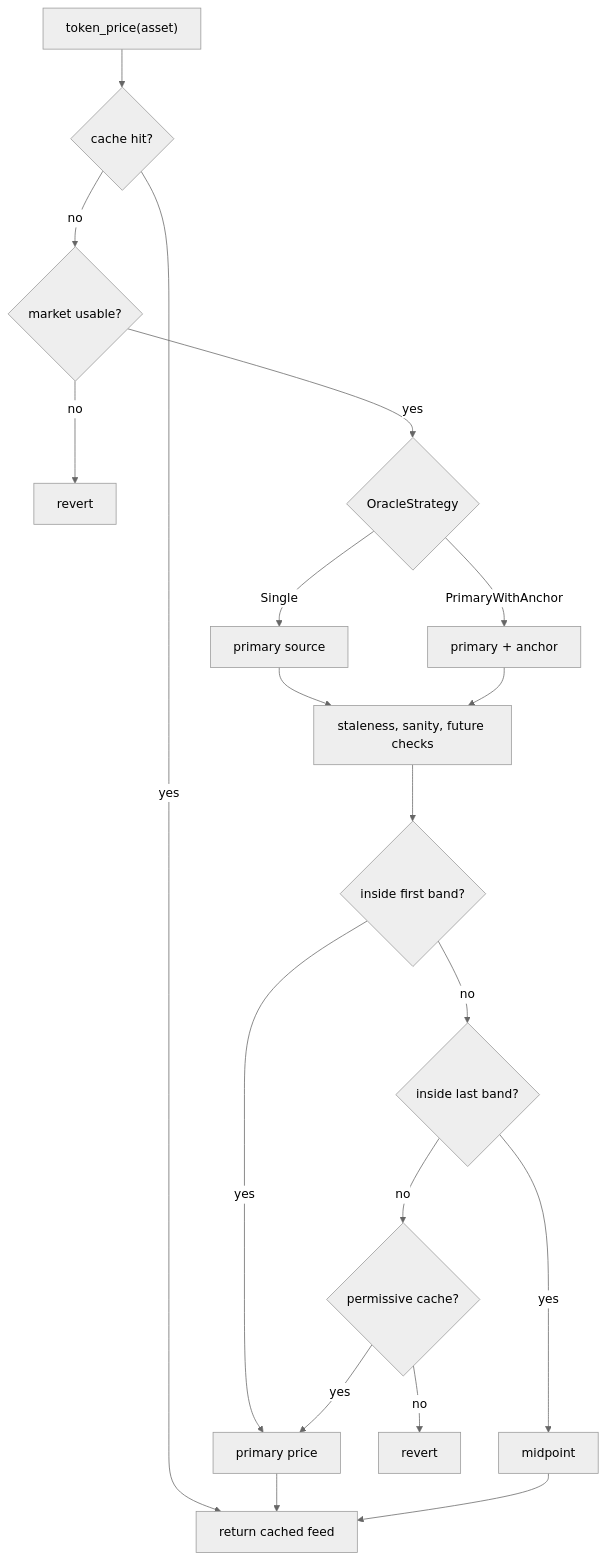
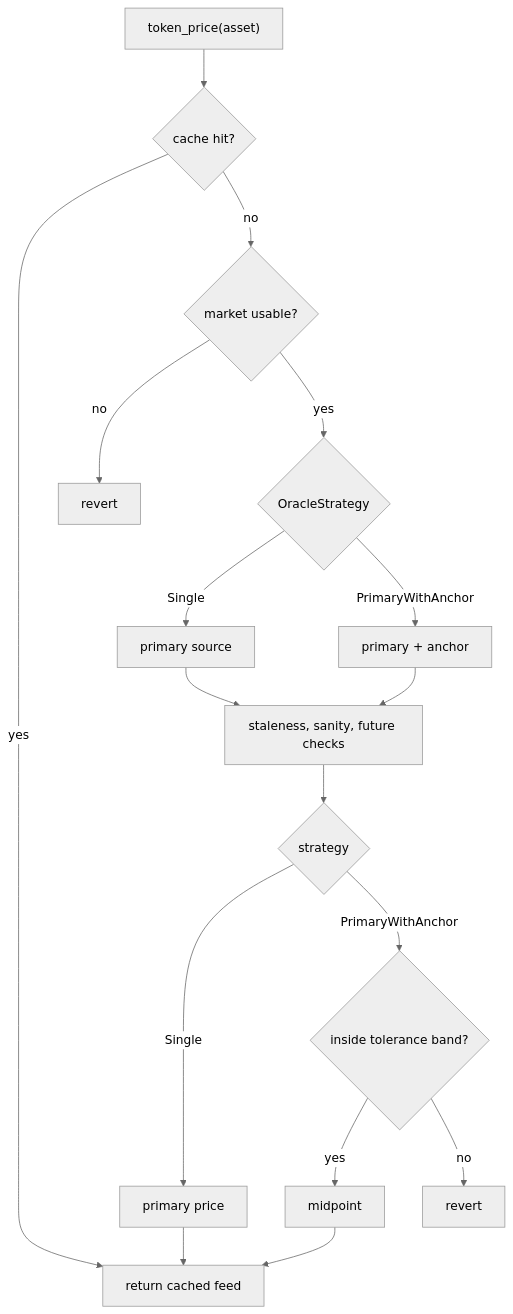
One commit to XOXNO/rs-lending-xlm changed the third of 3 diagrams in architecture/INVARIANTS.md. Above: the diagram before and after it, drawn with Mermaid (neutral theme). The commit also changed other lines of this file and 15 other files, not shown here.

````diff
--- a/architecture/INVARIANTS.md
+++ b/architecture/INVARIANTS.md
@@ -312,21 +322,19 @@
 ```mermaid
 flowchart TD
     A["token_price(asset)"] --> B{"cache hit?"}
     B -->|yes| Z["return cached feed"]
     B -->|no| C{"market usable?"}
     C -->|no| R1["revert"]
     C -->|yes| D{"OracleStrategy"}
     D -->|Single| S["primary source"]
     D -->|PrimaryWithAnchor| T["primary + anchor"]
     S --> E["staleness, sanity, future checks"]
     T --> E
-    E --> F{"inside first band?"}
-    F -->|yes| G["primary price"]
-    F -->|no| H{"inside last band?"}
+    E --> F{"strategy"}
+    F -->|Single| G["primary price"]
+    F -->|PrimaryWithAnchor| H{"inside tolerance band?"}
     H -->|yes| I["midpoint"]
-    H -->|no| J{"permissive cache?"}
-    J -->|yes| G
-    J -->|no| R2["revert"]
+    H -->|no| R2["revert"]
     G --> Z
     I --> Z
 ```
````
